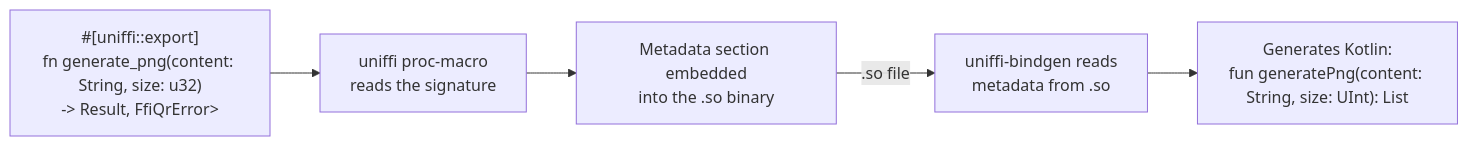
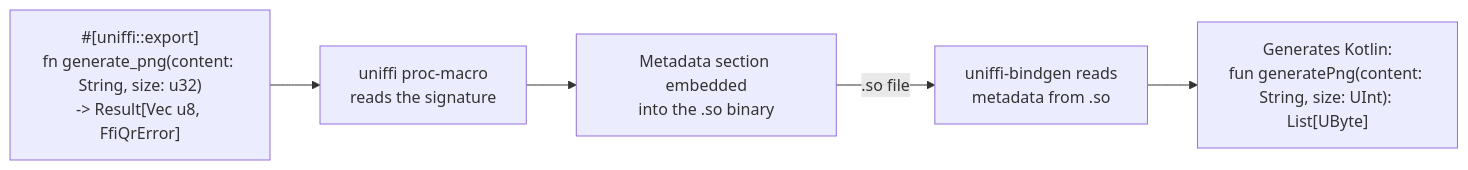
The third of 3 diagrams in composeApp/README.md (prasannajeet/RustyQR), drawn with Mermaid before and after one commit. The commit also changed other lines of this file and 10 other files, not shown here.

````diff
--- a/composeApp/README.md
+++ b/composeApp/README.md
@@ -294,10 +286,10 @@
 ```mermaid
 graph LR
-    A["#[uniffi::export]<br/>fn generate_png(content: String, size: u32)<br/>-> Result<Vec<u8>, FfiQrError>"]
+    A["#[uniffi::export]<br/>fn generate_png(content: String, size: u32)<br/>-> Result[Vec u8, FfiQrError]"]
     B["uniffi proc-macro<br/>reads the signature"]
     C["Metadata section embedded<br/>into the .so binary"]
     D["uniffi-bindgen reads<br/>metadata from .so"]
-    E["Generates Kotlin:<br/>fun generatePng(content: String, size: UInt): List<UByte>"]
+    E["Generates Kotlin:<br/>fun generatePng(content: String, size: UInt): List[UByte]"]
 
     A --> B --> C -->|".so file"| D --> E
 ```
````
